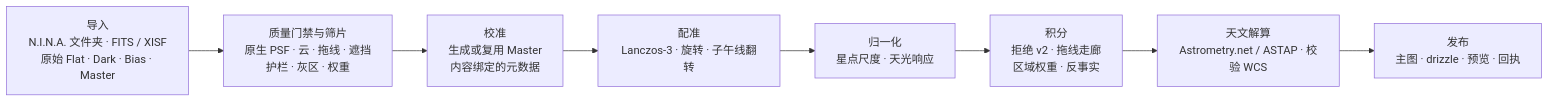
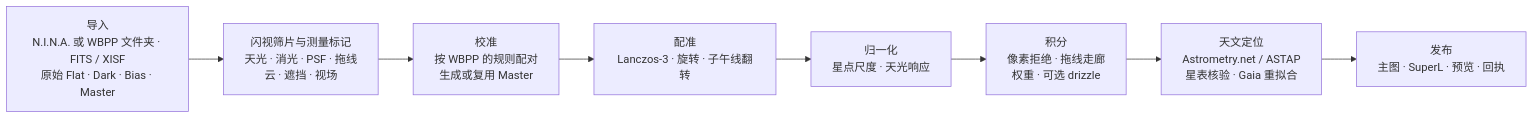
Before and after one commit to ShuoleiWang/Ultra-Fast-WBPP: the diagram in docs/README.zh-CN.md, drawn with Mermaid. The commit also changed other lines of this file and 45 other files, not shown here.

````diff
--- a/docs/README.zh-CN.md
+++ b/docs/README.zh-CN.md
@@ -88,10 +159,10 @@
 ```mermaid
 flowchart LR
-  A["导入<br/>N.I.N.A. 文件夹 · FITS / XISF<br/>原始 Flat · Dark · Bias · Master"] --> B["质量门禁与筛片<br/>原生 PSF · 云 · 拖线 · 遮挡<br/>护栏 · 灰区 · 权重"]
-  B --> C["校准<br/>生成或复用 Master<br/>内容绑定的元数据"]
+  A["导入<br/>N.I.N.A. 或 WBPP 文件夹 · FITS / XISF<br/>原始 Flat · Dark · Bias · Master"] --> B["闪视筛片与测量标记<br/>天光 · 消光 · PSF · 拖线<br/>云 · 遮挡 · 视场"]
+  B --> C["校准<br/>按 WBPP 的规则配对<br/>生成或复用 Master"]
   C --> D["配准<br/>Lanczos-3 · 旋转 · 子午线翻转"]
   D --> E["归一化<br/>星点尺度 · 天光响应"]
-  E --> F["积分<br/>拒绝 v2 · 拖线走廊<br/>区域权重 · 反事实"]
-  F --> G["天文解算<br/>Astrometry.net / ASTAP · 校验 WCS"]
-  G --> H["发布<br/>主图 · drizzle · 预览 · 回执"]
+  E --> F["积分<br/>像素拒绝 · 拖线走廊<br/>权重 · 可选 drizzle"]
+  F --> G["天文定位<br/>Astrometry.net / ASTAP<br/>星表核验 · Gaia 重拟合"]
+  G --> H["发布<br/>主图 · SuperL · 预览 · 回执"]
 ```
````
